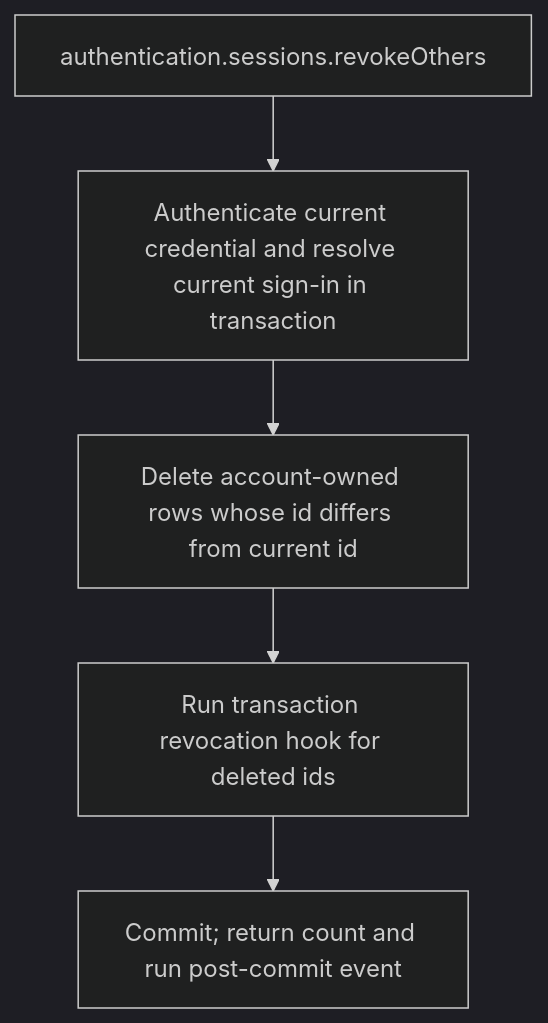
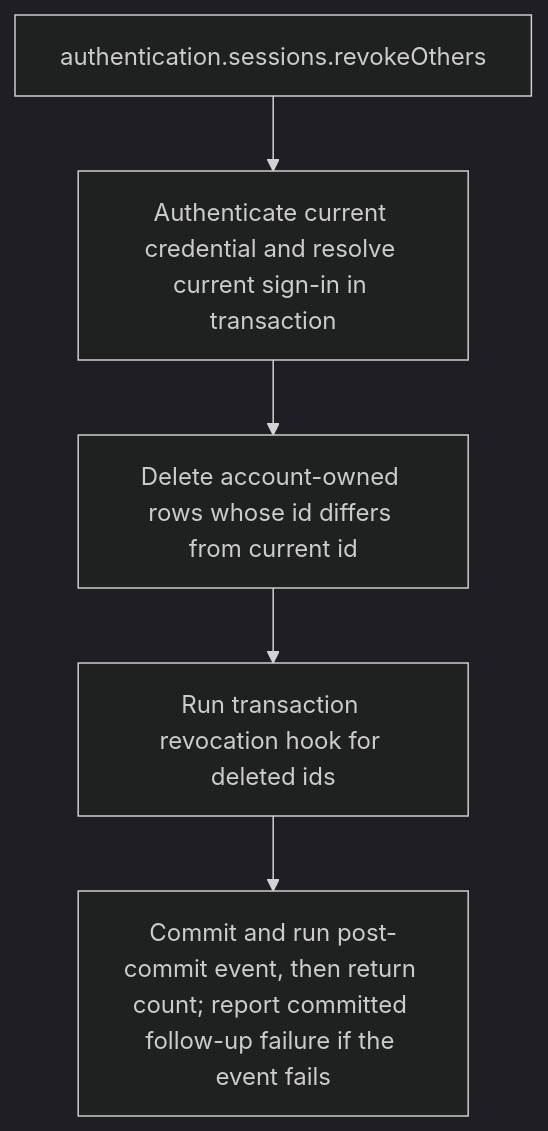
One commit to Kevinjohn/oss-adonisjs-account-kit changed the second of 2 diagrams in user-stories/US-ACCOUNT-16-revoke-other-devices.md. Above: the diagram before and after it, drawn with Mermaid (dark theme). The commit also changed 4 other files, not shown here.

````diff
--- a/user-stories/US-ACCOUNT-16-revoke-other-devices.md
+++ b/user-stories/US-ACCOUNT-16-revoke-other-devices.md
@@ -30,7 +30,7 @@
 ```mermaid
 flowchart TD
  A["authentication.sessions.revokeOthers"] --> B["Authenticate current credential and resolve current sign-in in transaction"]
  B --> C["Delete account-owned rows whose id differs from current id"]
  C --> D["Run transaction revocation hook for deleted ids"]
- D --> E["Commit; return count and run post-commit event"]
+ D --> E["Commit and run post-commit event, then return count; report committed follow-up failure if the event fails"]
 ```
````
